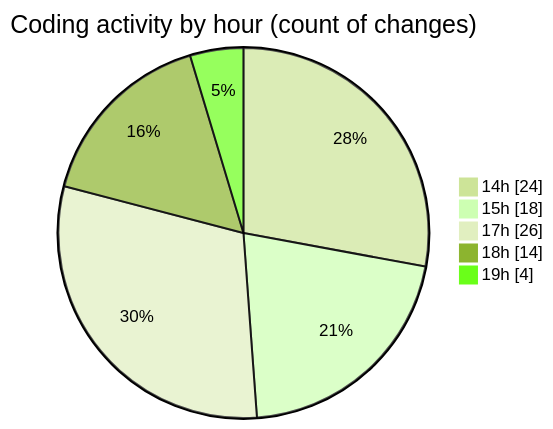
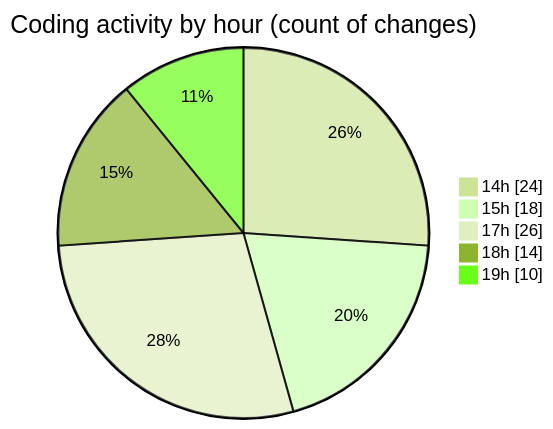
Before and after one commit to Elitesun/code-tracking: the second of 2 diagrams in 2025-04-22/indesign/README.md, drawn with Mermaid (forest theme). The commit also changed other lines of this file and 1 other file, not shown here.

````diff
--- a/2025-04-22/indesign/README.md
+++ b/2025-04-22/indesign/README.md
@@ -47,9 +48,9 @@
 ```mermaid
 pie showData
 title Coding activity by hour (count of changes)
 "14h" : 24
 "15h" : 18
 "17h" : 26
 "18h" : 14
-"19h" : 4
+"19h" : 10
 ```
````
